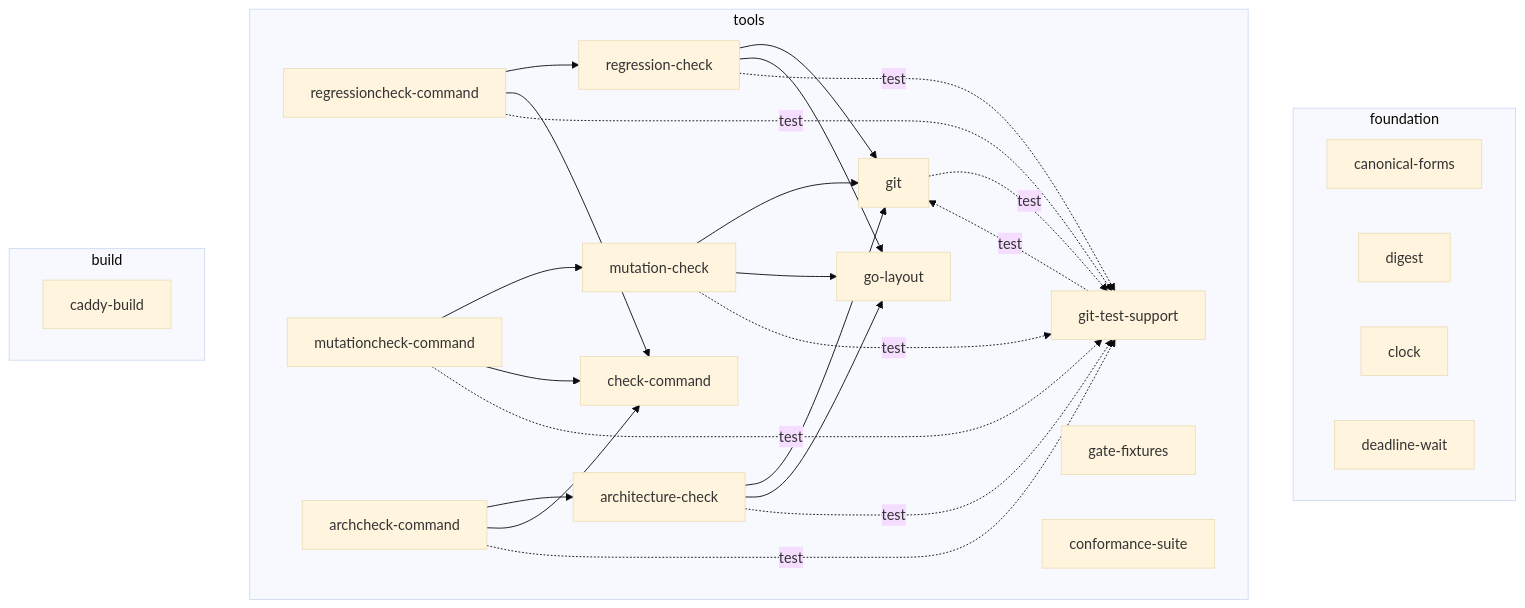
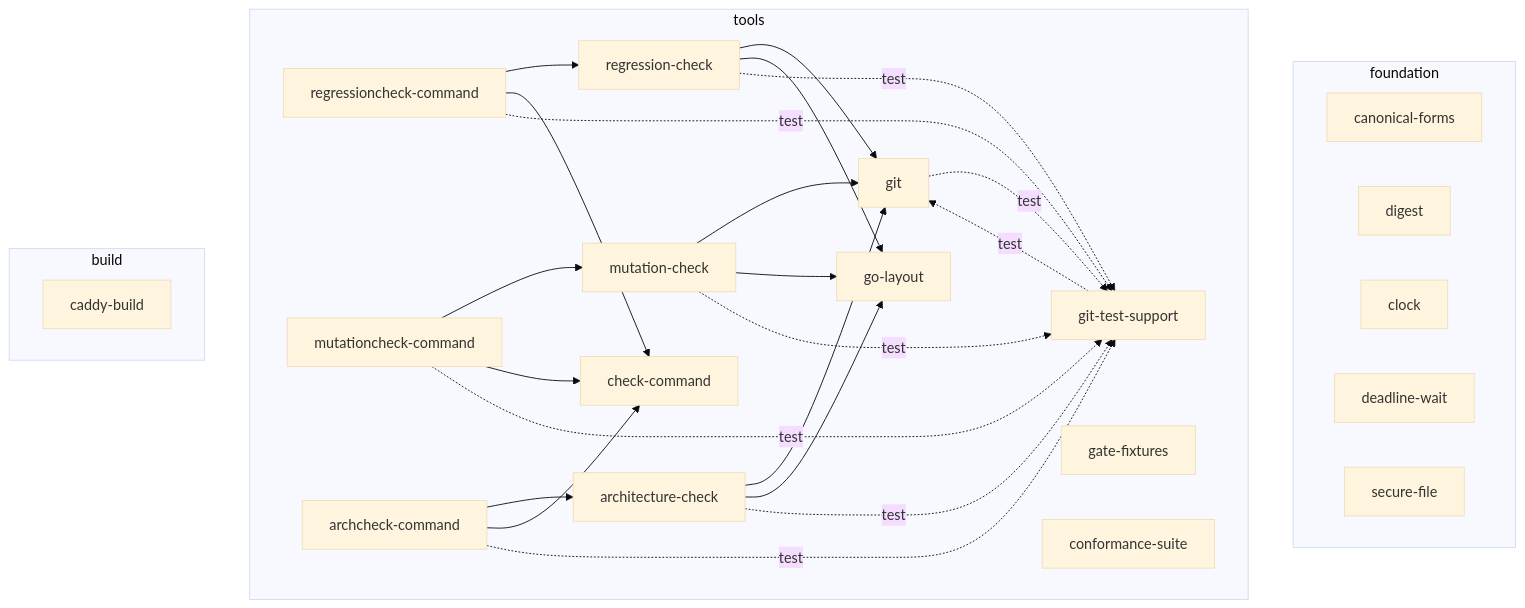
The diagram in docs/architecture/go-architecture.md (OpenRAE/lilrae), drawn with Mermaid (base theme) before and after one commit. The commit also changed 7 other files, not shown here.

````diff
--- a/docs/architecture/go-architecture.md
+++ b/docs/architecture/go-architecture.md
@@ -17,46 +17,47 @@
 ```mermaid
 flowchart TB
     subgraph layer_foundation[foundation]
         component_canonical_forms[canonical-forms]
         component_digest[digest]
         component_clock[clock]
         component_deadline_wait[deadline-wait]
+        component_secure_file[secure-file]
     end
     subgraph layer_tools[tools]
         component_regressioncheck_command[regressioncheck-command]
         component_mutationcheck_command[mutationcheck-command]
         component_archcheck_command[archcheck-command]
         component_regression_check[regression-check]
         component_mutation_check[mutation-check]
         component_architecture_check[architecture-check]
         component_check_command[check-command]
         component_go_layout[go-layout]
         component_git[git]
         component_git_test_support[git-test-support]
         component_gate_fixtures[gate-fixtures]
         component_conformance_suite[conformance-suite]
     end
     subgraph layer_build[build]
         component_caddy_build[caddy-build]
     end
     component_regressioncheck_command --> component_regression_check
     component_regressioncheck_command --> component_check_command
     component_regressioncheck_command -. test .-> component_git_test_support
     component_mutationcheck_command --> component_mutation_check
     component_mutationcheck_command --> component_check_command
     component_mutationcheck_command -. test .-> component_git_test_support
     component_archcheck_command --> component_architecture_check
     component_archcheck_command --> component_check_command
     component_archcheck_command -. test .-> component_git_test_support
     component_regression_check --> component_git
     component_regression_check --> component_go_layout
     component_regression_check -. test .-> component_git_test_support
     component_mutation_check --> component_git
     component_mutation_check --> component_go_layout
     component_mutation_check -. test .-> component_git_test_support
     component_architecture_check --> component_git
     component_architecture_check --> component_go_layout
     component_architecture_check -. test .-> component_git_test_support
     component_git -. test .-> component_git_test_support
     component_git_test_support -. test .-> component_git
 ```
````
